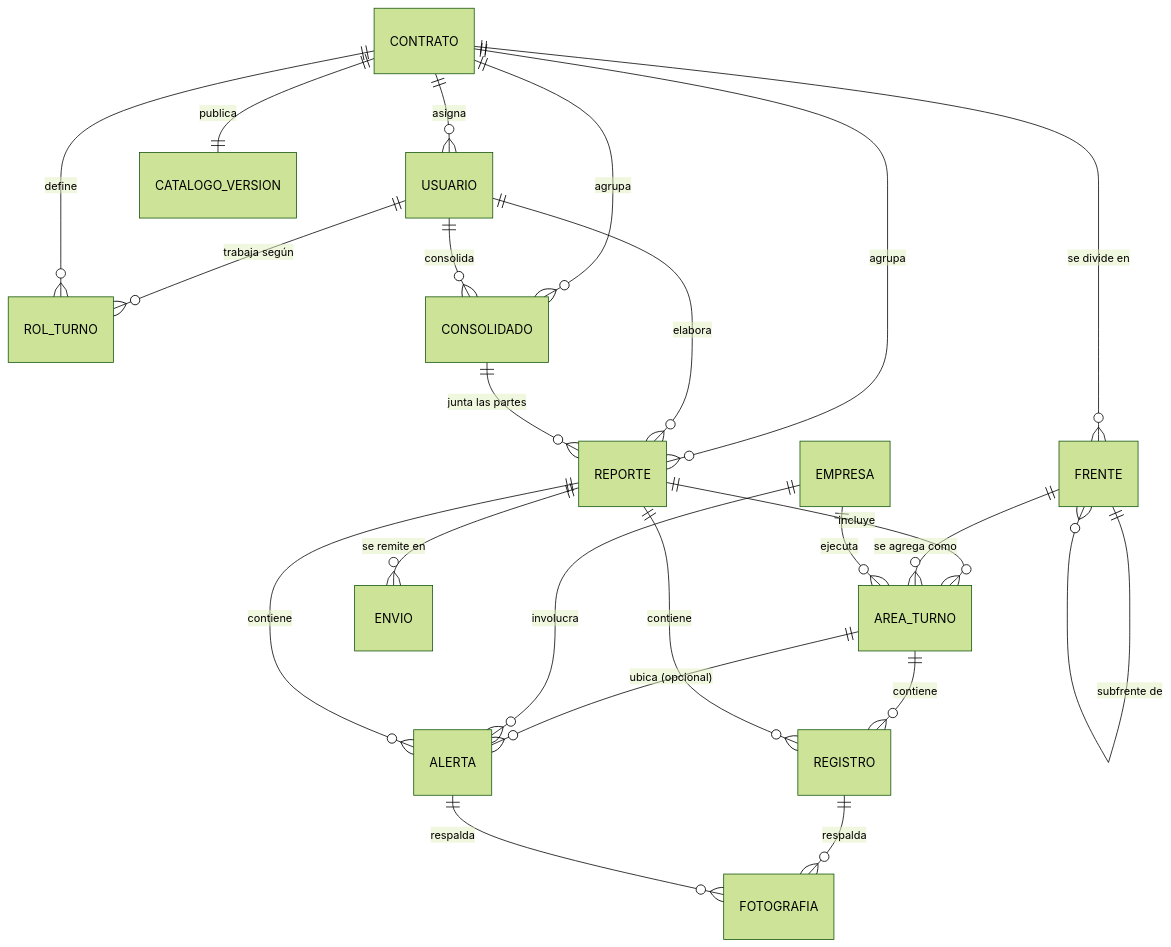
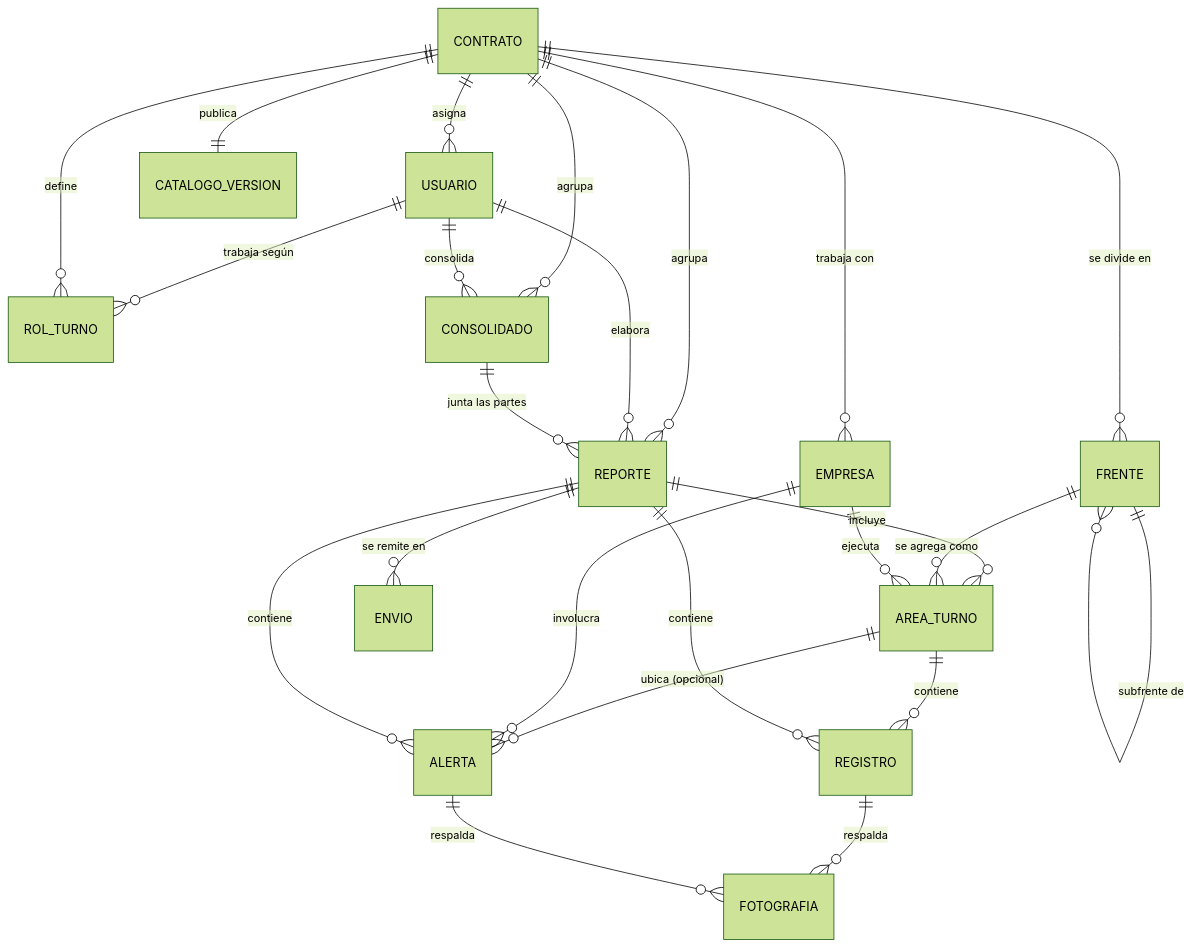
Before and after one commit to Bitacora-ITO/bitacora-ito: the diagram in docs/01-estructura-datos.md, drawn with Mermaid (forest theme). The commit also changed other lines of this file, not shown here.

````diff
--- a/docs/01-estructura-datos.md
+++ b/docs/01-estructura-datos.md
@@ -39,25 +39,26 @@
 ```mermaid
 erDiagram
     CONTRATO ||--o{ FRENTE : "se divide en"
     CONTRATO ||--o{ REPORTE : "agrupa"
     CONTRATO ||--o{ USUARIO : "asigna"
+    CONTRATO ||--o{ EMPRESA : "trabaja con"
     FRENTE ||--o{ FRENTE : "subfrente de"
     AREA_TURNO ||--o{ REGISTRO : "contiene"
     AREA_TURNO ||--o{ ALERTA : "ubica (opcional)"
     EMPRESA ||--o{ ALERTA : "involucra"
     REPORTE ||--o{ REGISTRO : "contiene"
     REPORTE ||--o{ ALERTA : "contiene"
     REPORTE ||--o{ ENVIO : "se remite en"
     USUARIO ||--o{ REPORTE : "elabora"
     REPORTE ||--o{ AREA_TURNO : "incluye"
     FRENTE ||--o{ AREA_TURNO : "se agrega como"
     EMPRESA ||--o{ AREA_TURNO : "ejecuta"
     USUARIO ||--o{ ROL_TURNO : "trabaja según"
     CONTRATO ||--o{ ROL_TURNO : "define"
     REGISTRO ||--o{ FOTOGRAFIA : "respalda"
     ALERTA ||--o{ FOTOGRAFIA : "respalda"
     CONTRATO ||--o{ CONSOLIDADO : "agrupa"
     CONSOLIDADO ||--o{ REPORTE : "junta las partes"
     USUARIO ||--o{ CONSOLIDADO : "consolida"
     CONTRATO ||--|| CATALOGO_VERSION : "publica"
 ```
````
